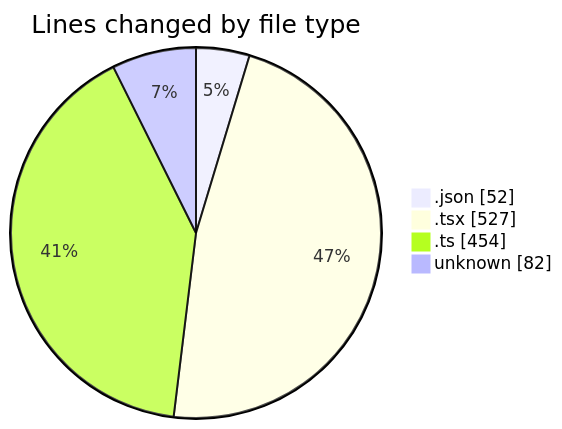
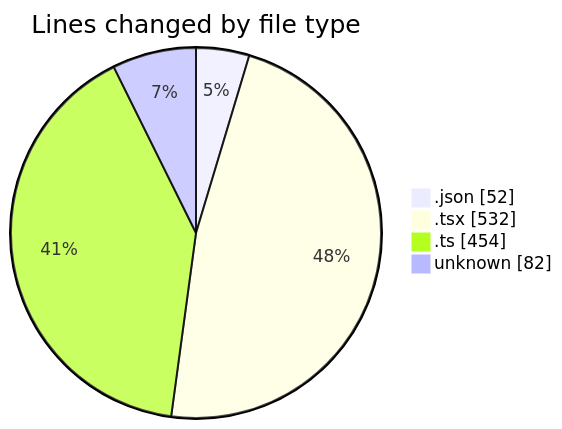
Before and after one commit to julien-gomy/code-tracking: the first of 2 diagrams in 2025-10-29/eventscop-frontend-guide__workspace_/README.md, drawn with Mermaid. The commit also changed other lines of this file and 1 other file, not shown here.

````diff
--- a/2025-10-29/eventscop-frontend-guide__workspace_/README.md
+++ b/2025-10-29/eventscop-frontend-guide__workspace_/README.md
@@ -33,8 +33,8 @@
 ```mermaid
 pie showData
 title Lines changed by file type
 ".json" : 52
-".tsx" : 527
+".tsx" : 532
 ".ts" : 454
 "unknown" : 82
 ```
````
